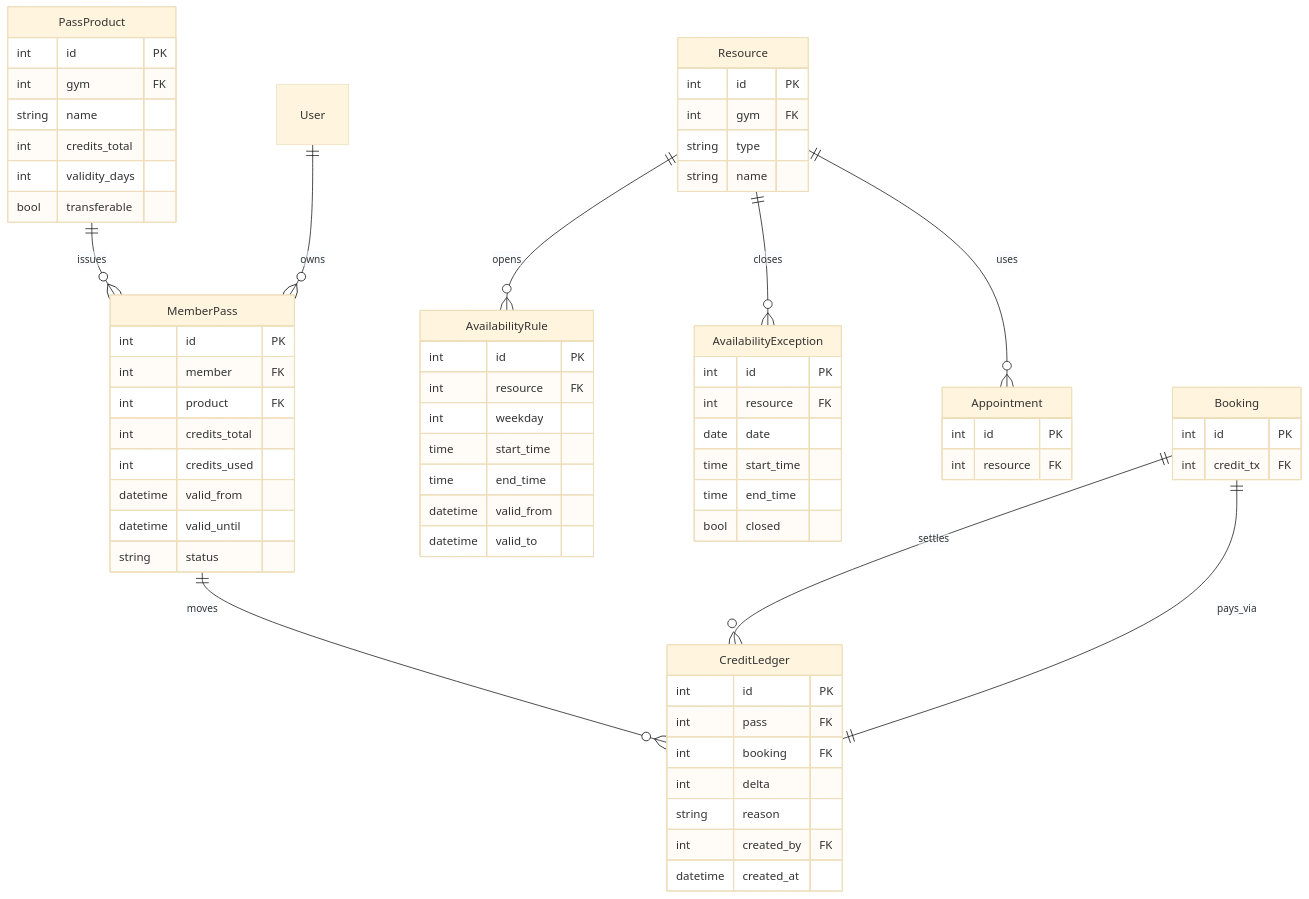
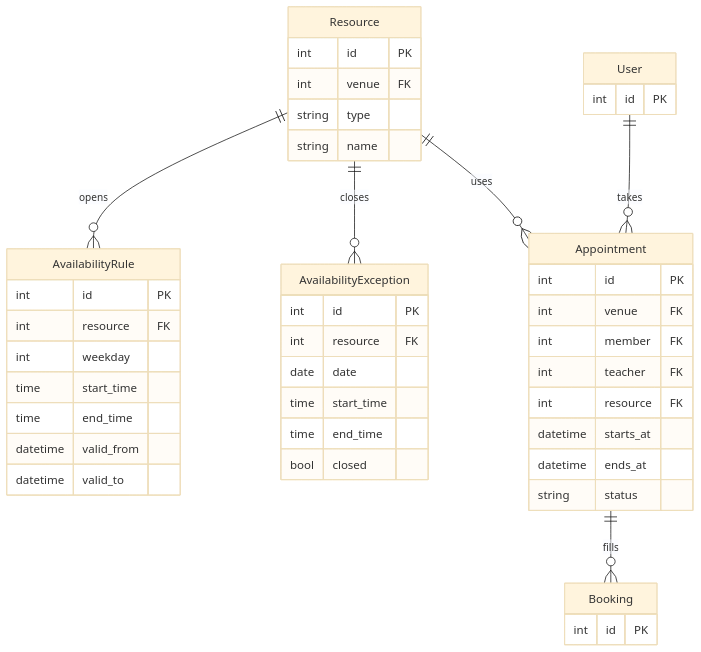
Before and after one commit to kevgathuku/bookr: the fourth of 7 diagrams in SPEC.md, drawn with Mermaid (base theme). The commit also changed other lines of this file and 20 other files, not shown here.

````diff
--- a/SPEC.md
+++ b/SPEC.md
@@ -174,69 +166,47 @@
 ```mermaid
 erDiagram
-    PassProduct {
-        int id PK
-        int gym FK
-        string name
-        int credits_total
-        int validity_days
-        bool transferable
-    }
-    MemberPass {
-        int id PK
-        int member FK
-        int product FK
-        int credits_total
-        int credits_used
-        datetime valid_from
-        datetime valid_until
-        string status
-    }
-    CreditLedger {
-        int id PK
-        int pass FK
-        int booking FK
-        int delta
-        string reason
-        int created_by FK
-        datetime created_at
-    }
     Resource {
         int id PK
-        int gym FK
+        int venue FK
         string type
         string name
     }
     AvailabilityRule {
         int id PK
         int resource FK
         int weekday
         time start_time
         time end_time
         datetime valid_from
         datetime valid_to
     }
     AvailabilityException {
         int id PK
         int resource FK
         date date
         time start_time
         time end_time
         bool closed
     }
     Appointment {
         int id PK
+        int venue FK
+        int member FK
+        int teacher FK
         int resource FK
+        datetime starts_at
+        datetime ends_at
+        string status
     }
     Booking {
         int id PK
-        int credit_tx FK
     }
-    PassProduct ||--o{ MemberPass : issues
-    User ||--o{ MemberPass : owns
-    MemberPass ||--o{ CreditLedger : moves
-    Booking ||--o{ CreditLedger : settles
-    Booking ||--|| CreditLedger : pays_via
+    User {
+        int id PK
+    }
     Resource ||--o{ AvailabilityRule : opens
     Resource ||--o{ AvailabilityException : closes
     Resource ||--o{ Appointment : uses
+    User ||--o{ Appointment : takes
+    Appointment ||--o{ Booking : fills
 ```
````
